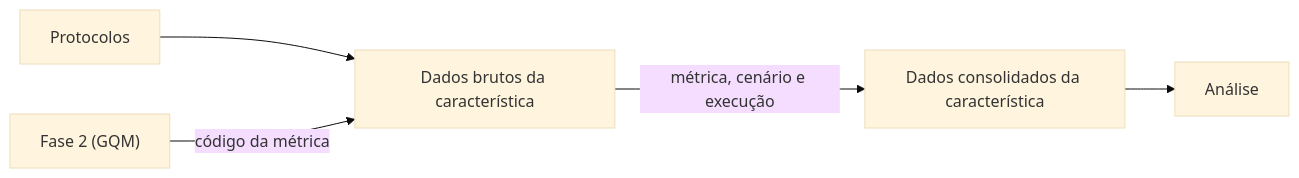
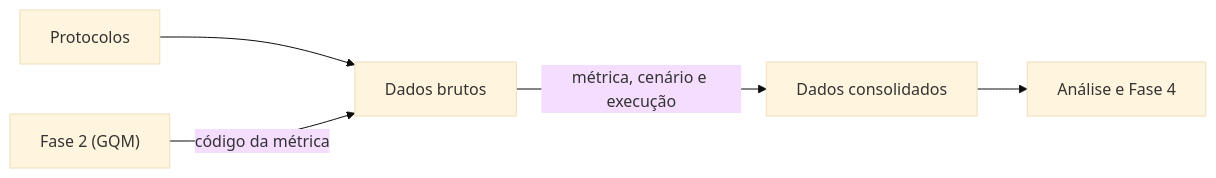
One commit to FCTE-Qualidade-de-Software-1/2026-2_T01_BETTY_SNYDER changed the diagram in docs/dados.md. Above: the diagram before and after it, drawn with Mermaid (base theme). The commit also changed other lines of this file and 15 other files, not shown here.

````diff
--- a/docs/dados.md
+++ b/docs/dados.md
@@ -31,12 +35,12 @@
 ```mermaid
 flowchart LR
   protocolo["Protocolos"]
-  bruto["Dados brutos da característica"]
-  consol["Dados consolidados da característica"]
-  analiseNode["Análise"]
+  bruto["Dados brutos"]
+  consol["Dados consolidados"]
+  analiseNode["Análise e Fase 4"]
   gqm["Fase 2 (GQM)"]
   protocolo --> bruto
   bruto -->|"métrica, cenário e execução"| consol
   consol --> analiseNode
   gqm -->|"código da métrica"| bruto
 ```
````
